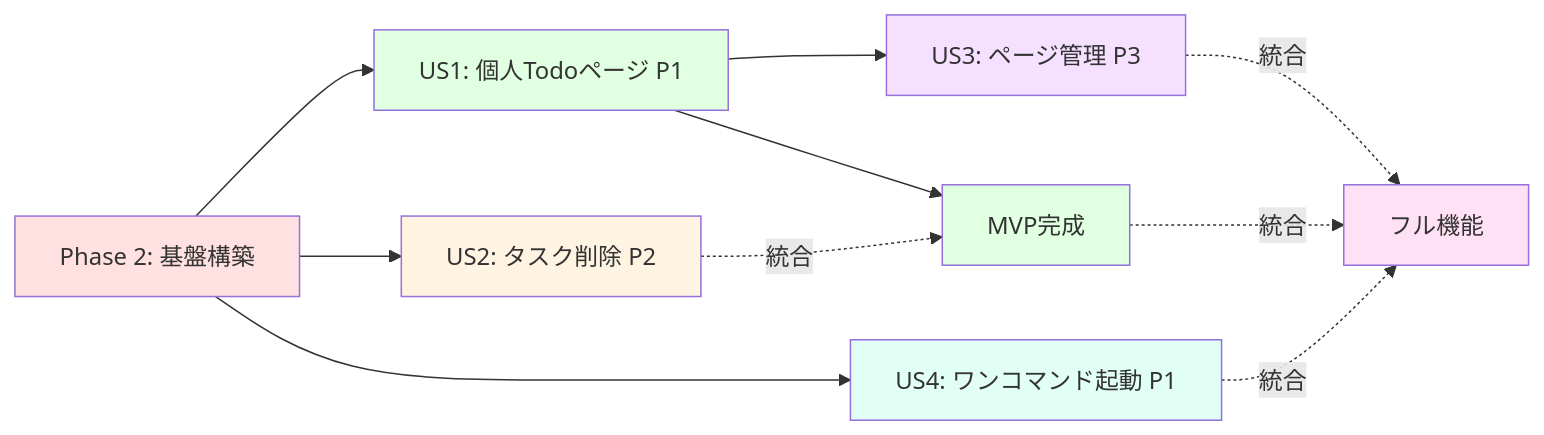
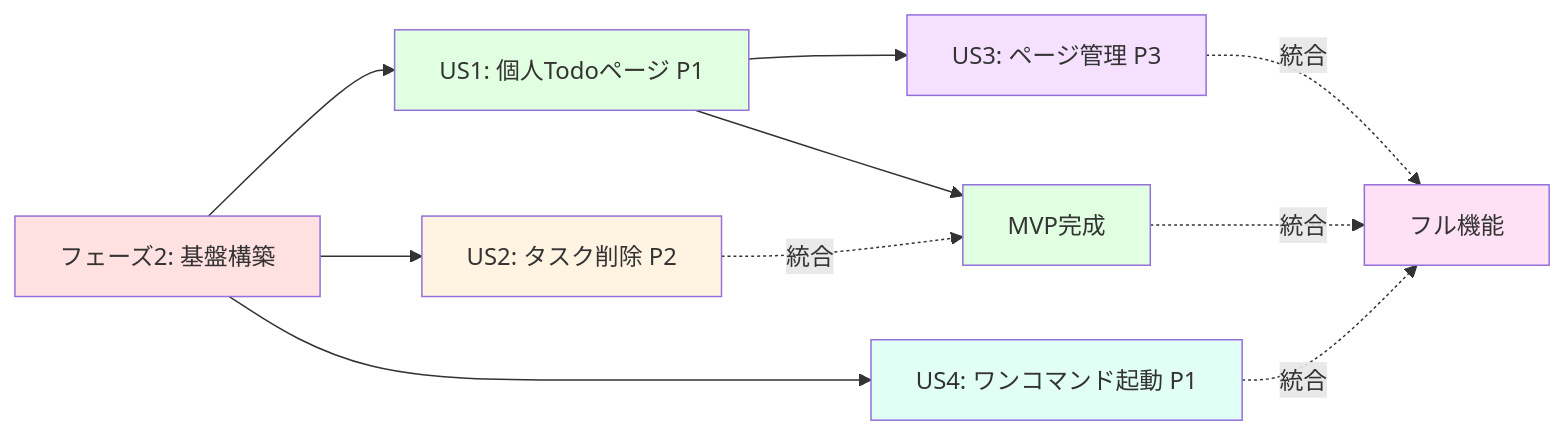
One commit to J1921604/todo-app changed the second of 7 diagrams in specs/feature/impl-001-todo-app/tasks.md. Above: the diagram before and after it, drawn with Mermaid. The commit also changed other lines of this file, not shown here.

````diff
--- a/specs/feature/impl-001-todo-app/tasks.md
+++ b/specs/feature/impl-001-todo-app/tasks.md
@@ -234,21 +230,21 @@
 ```mermaid
 flowchart LR
-    F[Phase 2: 基盤構築] --> US1[US1: 個人Todoページ P1]
+    F[フェーズ2: 基盤構築] --> US1[US1: 個人Todoページ P1]
     F --> US2[US2: タスク削除 P2]
     F --> US4[US4: ワンコマンド起動 P1]
     US1 --> US3[US3: ページ管理 P3]
     
     US1 --> MVP[MVP完成]
     US2 -.統合.-> MVP
     US3 -.統合.-> Full[フル機能]
     US4 -.統合.-> Full
     MVP -.統合.-> Full
     
     style F fill:#ffe1e1
     style US1 fill:#e1ffe1
     style US2 fill:#fff4e1
     style US3 fill:#f5e1ff
     style US4 fill:#e1fff4
     style MVP fill:#e1ffe1
     style Full fill:#ffe1f5
 ```
````
